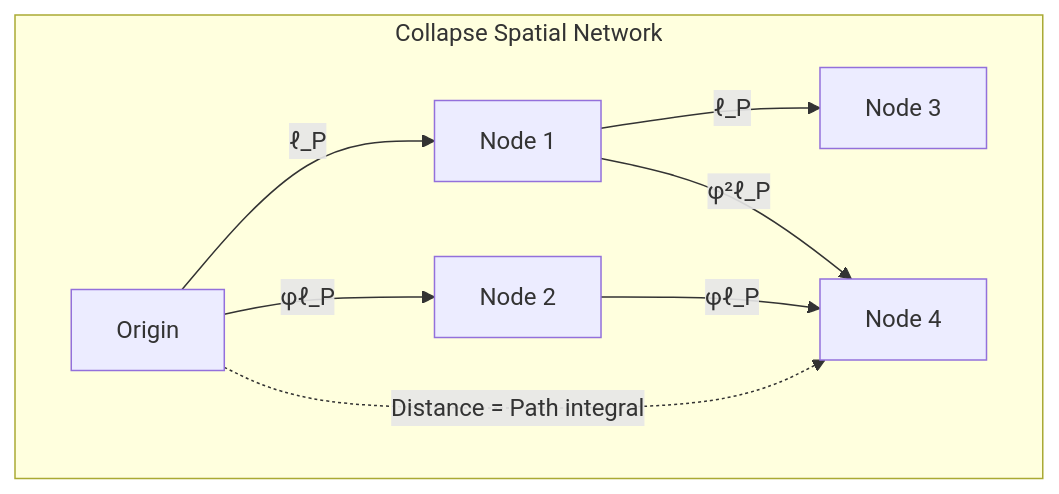
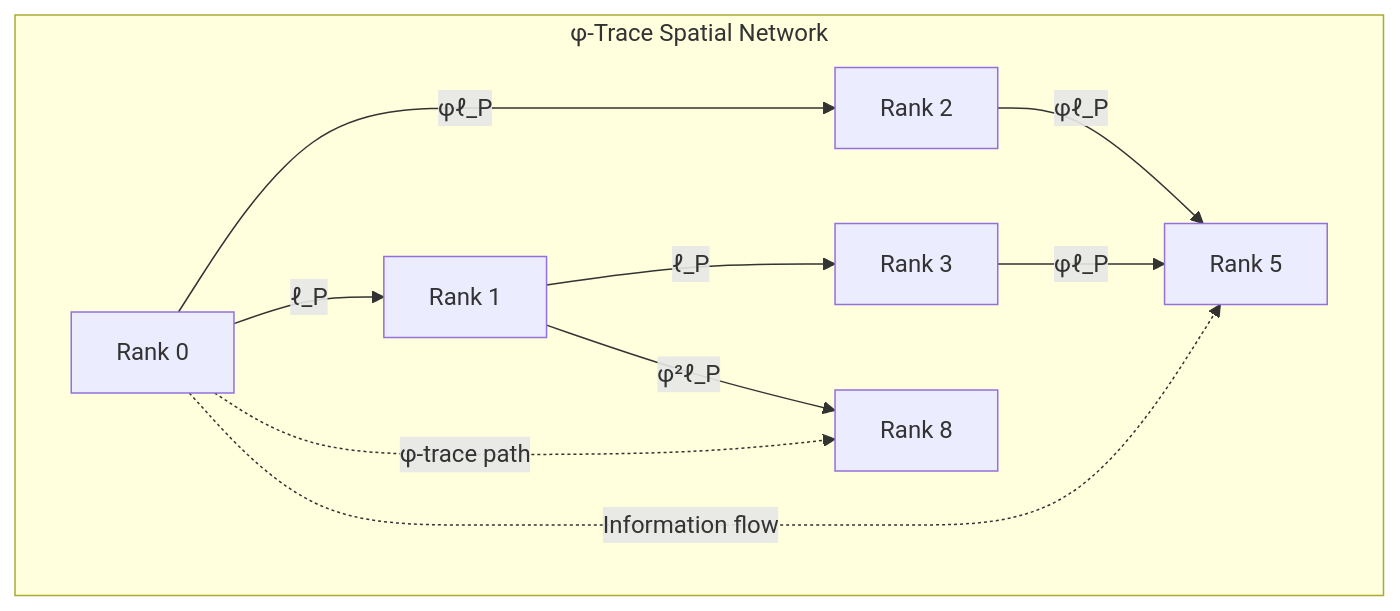
One commit to loning/the-phys changed the diagram in docs/psi-constants/part-01-structural-collapse-limits/chapter-010-collapse-space-unit-golden-length-scaling.md. Above: the diagram before and after it, drawn with Mermaid. The commit also changed other lines of this file and 3 other files, not shown here.

````diff
--- a/docs/psi-constants/part-01-structural-collapse-limits/chapter-010-collapse-space-unit-golden-length-scaling.md
+++ b/docs/psi-constants/part-01-structural-collapse-limits/chapter-010-collapse-space-unit-golden-length-scaling.md
@@ -71,12 +88,14 @@
 ```mermaid
 graph TD
-    subgraph "Collapse Spatial Network"
-        N0[Origin] -->|"ℓ_P"| N1[Node 1]
-        N0 -->|"φℓ_P"| N2[Node 2]
-        N1 -->|"ℓ_P"| N3[Node 3]
-        N2 -->|"φℓ_P"| N4[Node 4]
-        N1 -->|"φ²ℓ_P"| N4
+    subgraph "φ-Trace Spatial Network"
+        R0[Rank 0] -->|"ℓ_P"| R1[Rank 1]
+        R0 -->|"φℓ_P"| R2[Rank 2]
+        R1 -->|"ℓ_P"| R3[Rank 3]
+        R2 -->|"φℓ_P"| R5[Rank 5]
+        R3 -->|"φℓ_P"| R5
+        R1 -->|"φ²ℓ_P"| R8[Rank 8]
     end
     
-    N0 -.->|"Distance = Path integral"| N4
+    R0 -.->|"φ-trace path"| R8
+    R0 -.->|"Information flow"| R5
 ```
````
